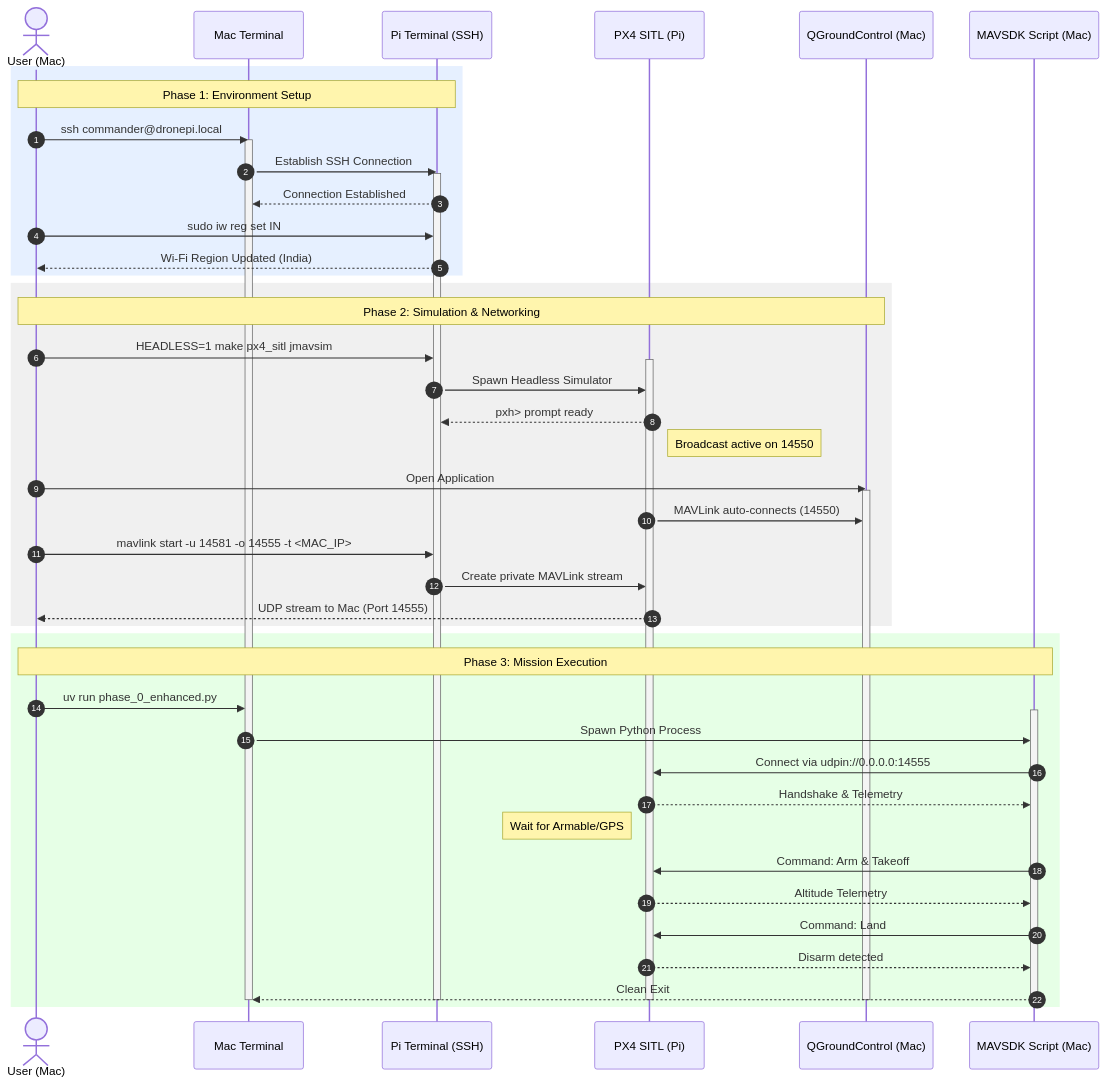
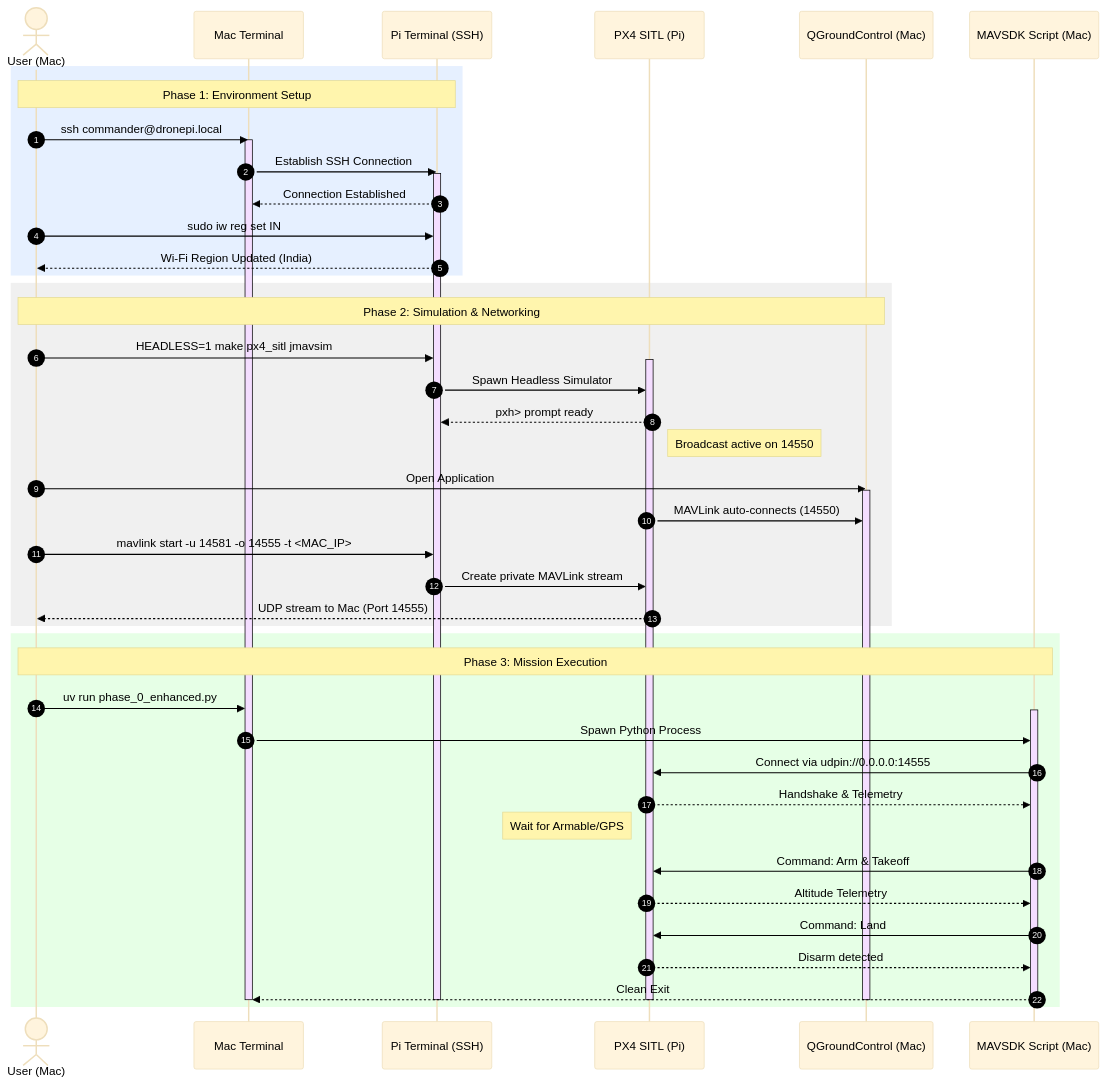
The diagram in README.md (tejas-jm/mav-sortie), drawn with Mermaid before and after one commit.

Commit message:
Mermaid Fixed In ReadME

````diff
--- a/README.md
+++ b/README.md
@@ -79,61 +79,62 @@
 ```mermaid
+%%{init: { 'theme': 'base', 'themeVariables': { 'textColor': '#000000', 'actorTextColor': '#000000', 'signalTextColor': '#000000', 'noteTextColor': '#000000', 'labelTextColor': '#000000', 'loopTextColor': '#000000', 'sectionTextColor': '#000000', 'activationBorderColor': '#000000' } } }%%
 sequenceDiagram
     autonumber
     
     %% Use Actor/Participant aliases for cleaner logic
     actor U as User (Mac)
     participant MT as Mac Terminal
     participant PT as Pi Terminal (SSH)
     participant PX4 as PX4 SITL (Pi)
     participant QGC as QGroundControl (Mac)
     participant PY as MAVSDK Script (Mac)
 
     %% Phase 1
     rect rgb(230, 240, 255)
     Note over U, PT: Phase 1: Environment Setup
     U->>MT: ssh commander@dronepi.local
     activate MT
     MT->>PT: Establish SSH Connection
     activate PT
     PT-->>MT: Connection Established
     U->>PT: sudo iw reg set IN
     PT-->>U: Wi-Fi Region Updated (India)
     end
 
     %% Phase 2
     rect rgb(240, 240, 240)
     Note over U, QGC: Phase 2: Simulation & Networking
     U->>PT: HEADLESS=1 make px4_sitl jmavsim
     activate PX4
     PT->>PX4: Spawn Headless Simulator
     PX4-->>PT: pxh> prompt ready
     Note right of PX4: Broadcast active on 14550
     U->>QGC: Open Application
     activate QGC
     PX4->>QGC: MAVLink auto-connects (14550)
     U->>PT: mavlink start -u 14581 -o 14555 -t <MAC_IP>
     PT->>PX4: Create private MAVLink stream
     PX4-->>U: UDP stream to Mac (Port 14555)
     end
 
     %% Phase 3
     rect rgb(230, 255, 230)
     Note over U, PY: Phase 3: Mission Execution
     U->>MT: uv run phase_0_enhanced.py
     activate PY
     MT->>PY: Spawn Python Process
     PY->>PX4: Connect via udpin://0.0.0.0:14555
     PX4-->>PY: Handshake & Telemetry
     Note left of PX4: Wait for Armable/GPS
     PY->>PX4: Command: Arm & Takeoff
     PX4-->>PY: Altitude Telemetry
     PY->>PX4: Command: Land
     PX4-->>PY: Disarm detected
     PY-->>MT: Clean Exit
     deactivate PY
     deactivate QGC
     deactivate PX4
     deactivate PT
     deactivate MT
     end
 ```
````
